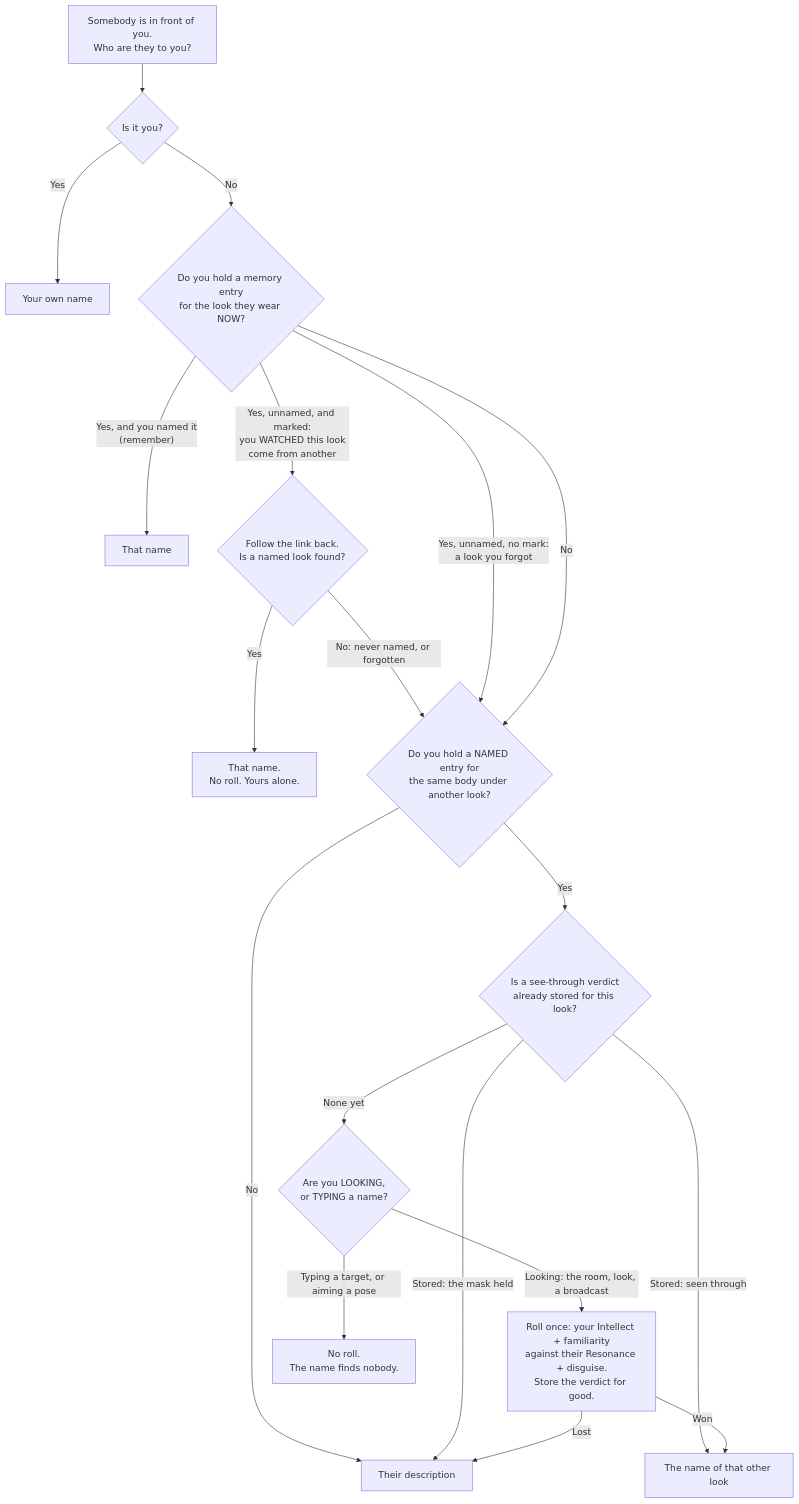
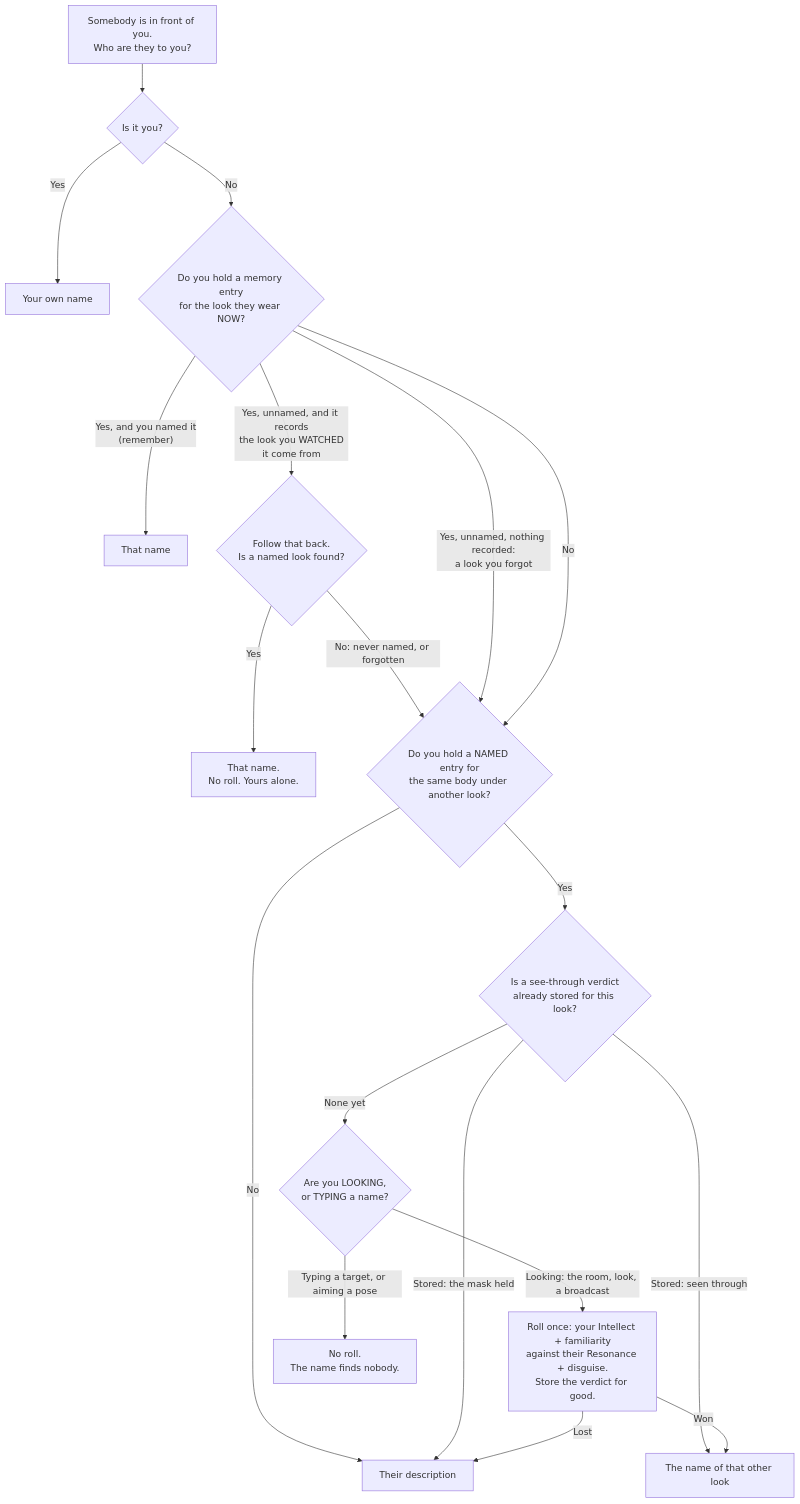
One commit to daiimus/gelatinous changed the third of 8 diagrams in specs/IDENTITY_RECOGNITION_SPEC.md. Above: the diagram before and after it, drawn with Mermaid. The commit also changed other lines of this file and 3 other files, not shown here.

First line of the commit message:
Review round three: the name is read through what was watched, not the link

````diff
--- a/specs/IDENTITY_RECOGNITION_SPEC.md
+++ b/specs/IDENTITY_RECOGNITION_SPEC.md
@@ -253,21 +253,21 @@
 ```mermaid
 flowchart TD
     Start["Somebody is in front of you.<br/>Who are they to you?"] --> Self{"Is it you?"}
     Self -->|Yes| Own["Your own name"]
     Self -->|No| Entry{"Do you hold a memory entry<br/>for the look they wear NOW?"}
     Entry -->|"Yes, and you named it<br/>(remember)"| Named["That name"]
-    Entry -->|"Yes, unnamed, and marked:<br/>you WATCHED this look<br/>come from another"| Link{"Follow the link back.<br/>Is a named look found?"}
+    Entry -->|"Yes, unnamed, and it records<br/>the look you WATCHED<br/>it come from"| Link{"Follow that back.<br/>Is a named look found?"}
     Link -->|Yes| Witness["That name.<br/>No roll. Yours alone."]
     Link -->|"No: never named, or forgotten"| Sleeve
-    Entry -->|"Yes, unnamed, no mark:<br/>a look you forgot"| Sleeve
+    Entry -->|"Yes, unnamed, nothing recorded:<br/>a look you forgot"| Sleeve
     Entry -->|No| Sleeve{"Do you hold a NAMED entry for<br/>the same body under another look?"}
     Sleeve -->|No| Stranger["Their description"]
     Sleeve -->|Yes| Verdict{"Is a see-through verdict<br/>already stored for this look?"}
     Verdict -->|"Stored: seen through"| Pierced["The name of that other look"]
     Verdict -->|"Stored: the mask held"| Stranger
     Verdict -->|"None yet"| How{"Are you LOOKING,<br/>or TYPING a name?"}
     How -->|"Looking: the room, look, a broadcast"| Roll["Roll once: your Intellect + familiarity<br/>against their Resonance + disguise.<br/>Store the verdict for good."]
     Roll -->|Won| Pierced
     Roll -->|Lost| Stranger
     How -->|"Typing a target, or aiming a pose"| NoRoll["No roll.<br/>The name finds nobody."]
 ```
````
